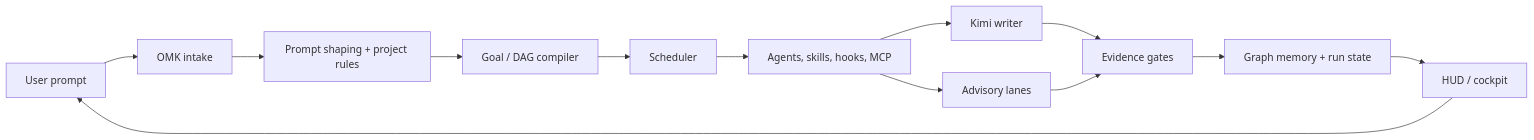
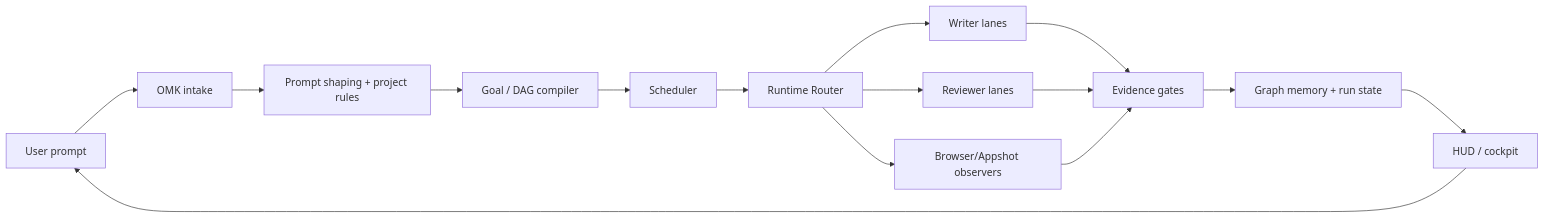
One commit to dmae97/open-multi-agent-kit changed the diagram in README.md. Above: the diagram before and after it, drawn with Mermaid. The commit also changed other lines of this file and 131 other files, not shown here.

First line of the commit message:
feat: major architecture overhaul with adapters, awareness, hooks, and orchestration

````diff
--- a/README.md
+++ b/README.md
@@ -168,15 +167,17 @@
 ```mermaid
 flowchart LR
   U[User prompt] --> I[OMK intake]
   I --> P[Prompt shaping + project rules]
   P --> G[Goal / DAG compiler]
   G --> S[Scheduler]
-  S --> A[Agents, skills, hooks, MCP]
-  A --> K[Kimi writer]
-  A --> D[Advisory lanes]
-  K --> E[Evidence gates]
-  D --> E
+  S --> R[Runtime Router]
+  R --> W[Writer lanes]
+  R --> V[Reviewer lanes]
+  R --> B[Browser/Appshot observers]
+  W --> E[Evidence gates]
+  V --> E
+  B --> E
   E --> M[Graph memory + run state]
   M --> H[HUD / cockpit]
   H --> U
 ```
````
